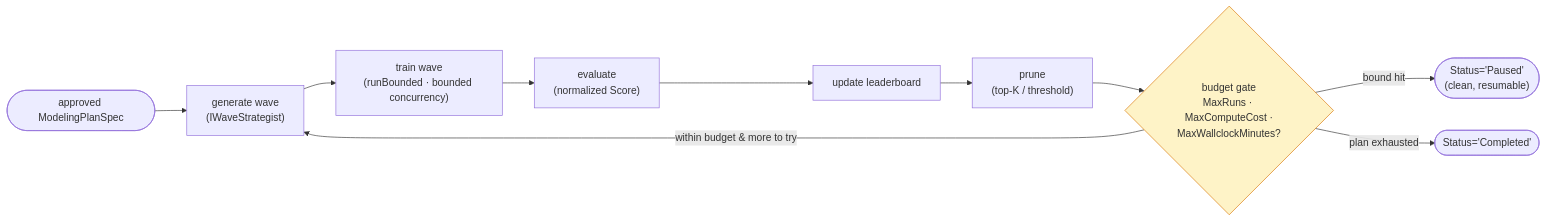
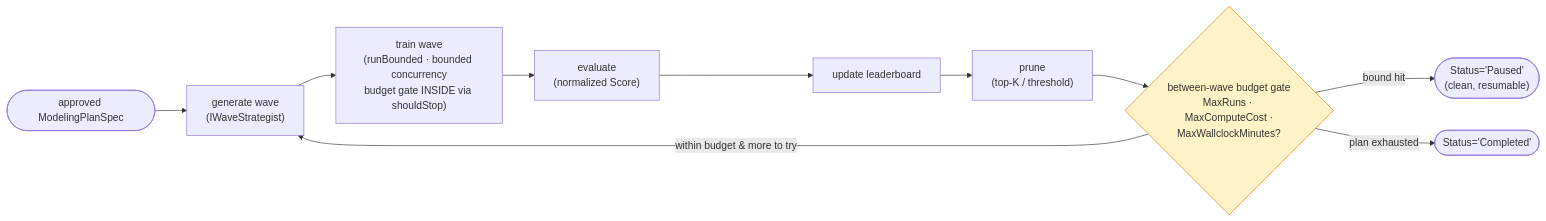
The eighth of 12 diagrams in guides/PREDICTIVE_STUDIO_GUIDE.md (MemberJunction/MJ), drawn with Mermaid before and after one commit. The commit also changed other lines of this file and 11 other files, not shown here.

````diff
--- a/guides/PREDICTIVE_STUDIO_GUIDE.md
+++ b/guides/PREDICTIVE_STUDIO_GUIDE.md
@@ -420,13 +435,13 @@
 ```mermaid
 flowchart LR
     START([approved ModelingPlanSpec]) --> GEN["generate wave<br/>(IWaveStrategist)"]
-    GEN --> TRAIN["train wave<br/>(runBounded · bounded concurrency)"]
+    GEN --> TRAIN["train wave<br/>(runBounded · bounded concurrency<br/>budget gate INSIDE via shouldStop)"]
     TRAIN --> EVAL["evaluate<br/>(normalized Score)"]
     EVAL --> LB["update leaderboard"]
     LB --> PRUNE["prune<br/>(top-K / threshold)"]
-    PRUNE --> GATE{"budget gate<br/>MaxRuns · MaxComputeCost ·<br/>MaxWallclockMinutes?"}
+    PRUNE --> GATE{"between-wave budget gate<br/>MaxRuns · MaxComputeCost ·<br/>MaxWallclockMinutes?"}
     GATE -->|within budget & more to try| GEN
     GATE -->|bound hit| PAUSE(["Status='Paused'<br/>(clean, resumable)"])
     GATE -->|plan exhausted| DONE(["Status='Completed'"])
     style GATE fill:#fef3c7,stroke:#d97706
 ```
````
